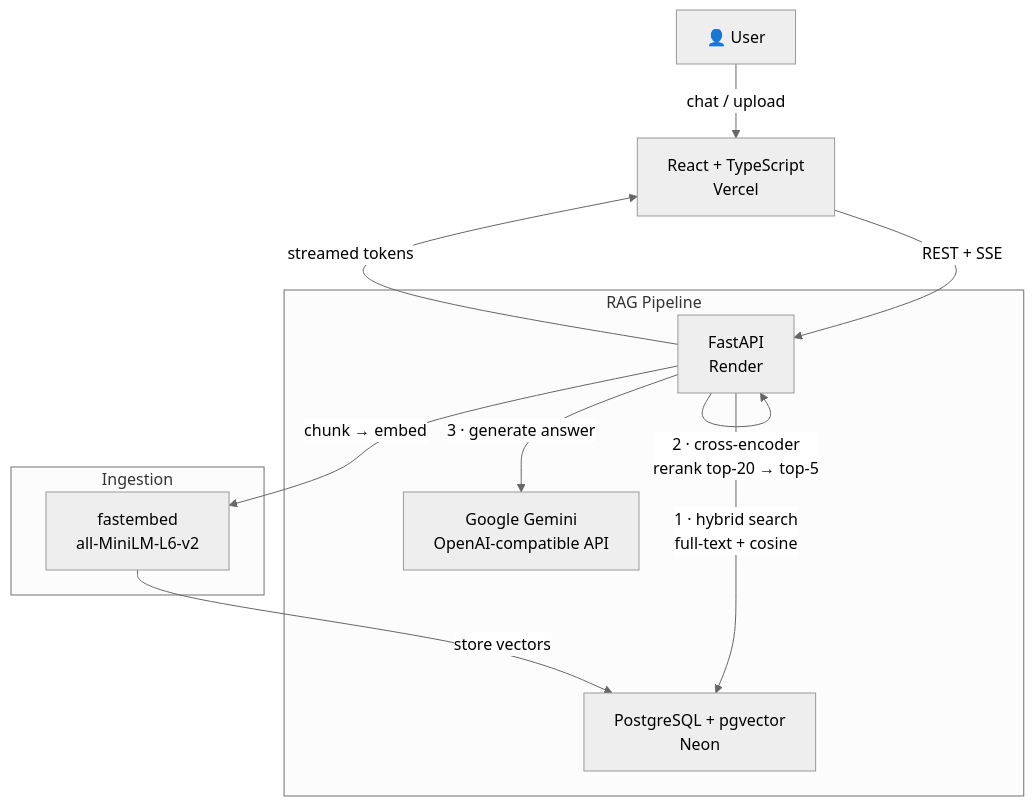
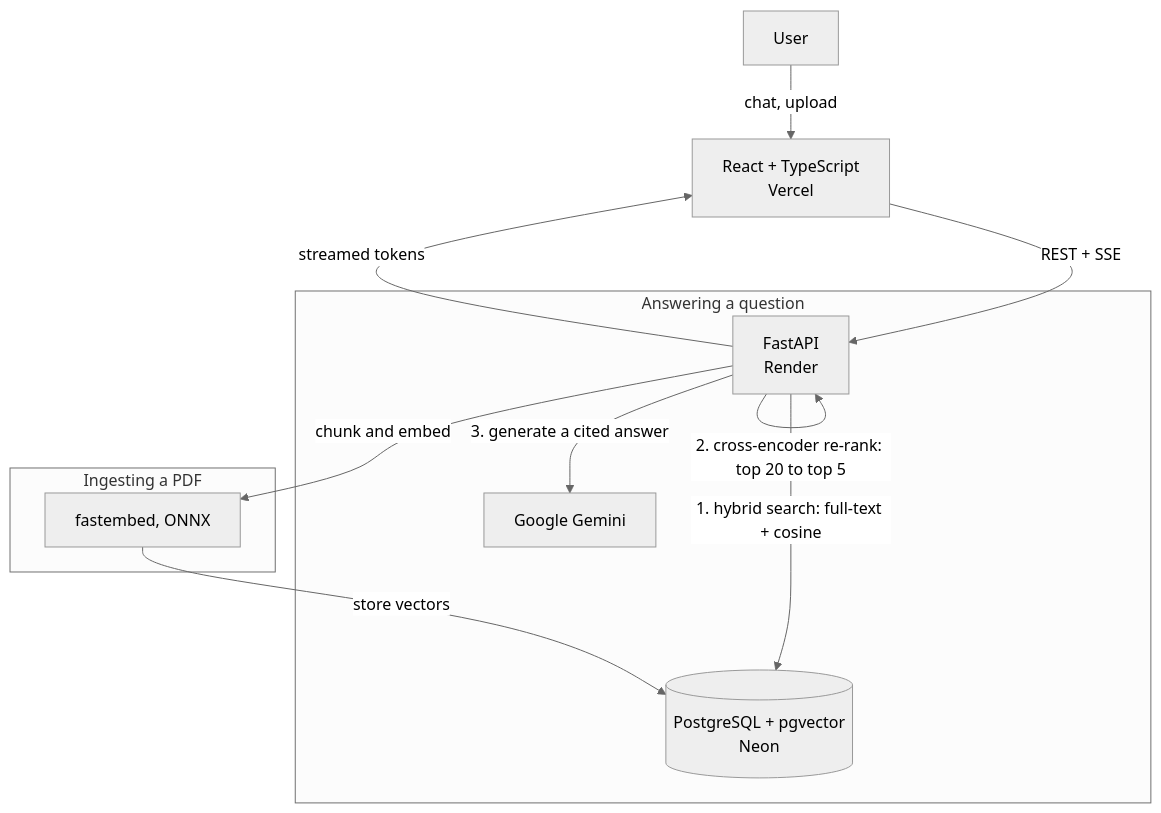
Before and after one commit to mahalingam-dev-8/medrag-backend: the diagram in README.md, drawn with Mermaid (neutral theme). The commit also changed other lines of this file, not shown here.

````diff
--- a/README.md
+++ b/README.md
@@ -24,25 +17,18 @@
 ```mermaid
 flowchart TD
-    User["👤 User"]
-    FE["React + TypeScript\nVercel"]
-    API["FastAPI\nRender"]
-    DB["PostgreSQL + pgvector\nNeon"]
-    LLM["Google Gemini\nOpenAI-compatible API"]
-    Embed["fastembed\nall-MiniLM-L6-v2"]
+    User[User] -->|chat, upload| FE[React + TypeScript<br/>Vercel]
+    FE -->|REST + SSE| API[FastAPI<br/>Render]
 
-    User -->|"chat / upload"| FE
-    FE -->|"REST + SSE"| API
-
-    subgraph RAG Pipeline
-        API -->|"1 · hybrid search\nfull-text + cosine"| DB
-        API -->|"2 · cross-encoder\nrerank top-20 → top-5"| API
-        API -->|"3 · generate answer"| LLM
+    subgraph Answering a question
+        API -->|1. hybrid search: full-text + cosine| DB[(PostgreSQL + pgvector<br/>Neon)]
+        API -->|2. cross-encoder re-rank: top 20 to top 5| API
+        API -->|3. generate a cited answer| LLM[Google Gemini]
     end
 
-    subgraph Ingestion
-        API -->|"chunk → embed"| Embed
-        Embed -->|"store vectors"| DB
+    subgraph Ingesting a PDF
+        API -->|chunk and embed| Embed[fastembed, ONNX]
+        Embed -->|store vectors| DB
     end
 
-    API -->|"streamed tokens"| FE
+    API -->|streamed tokens| FE
 ```
````
